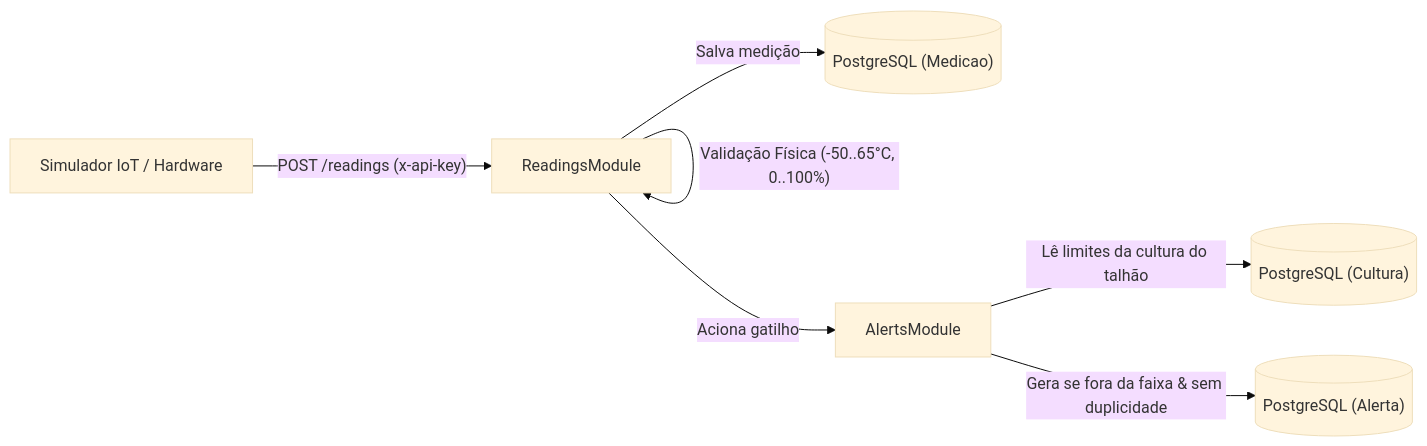
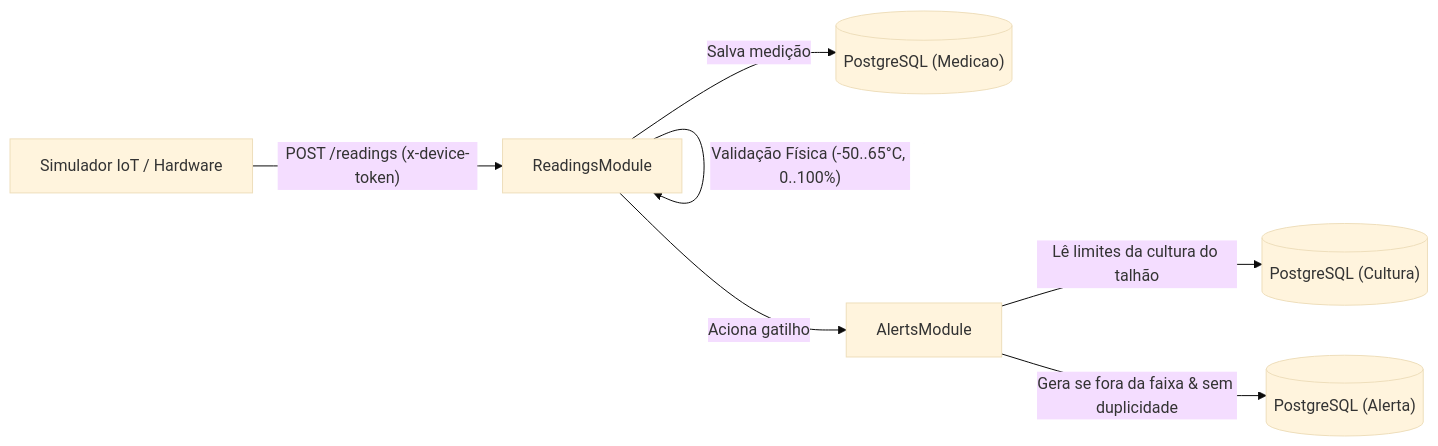
Before and after one commit to Projeto-Vale-de-Sao-Francisco/backend-nest.js: the diagram in DOCUMENTACAO_TECNICA.md, drawn with Mermaid (base theme). The commit also changed other lines of this file and 83 other files, not shown here.

````diff
--- a/DOCUMENTACAO_TECNICA.md
+++ b/DOCUMENTACAO_TECNICA.md
@@ -56,9 +56,9 @@
 ```mermaid
 flowchart LR
-    A["Simulador IoT / Hardware"] -->|"POST /readings (x-api-key)"| B["ReadingsModule"]
+    A["Simulador IoT / Hardware"] -->|"POST /readings (x-device-token)"| B["ReadingsModule"]
     B -->|"Validação Física (-50..65°C, 0..100%)"| B
     B -->|"Salva medição"| C[("PostgreSQL (Medicao)")]
     B -->|"Aciona gatilho"| D["AlertsModule"]
     D -->|"Lê limites da cultura do talhão"| E[("PostgreSQL (Cultura)")]
     D -->|"Gera se fora da faixa & sem duplicidade"| F[("PostgreSQL (Alerta)")]
 ```
````
